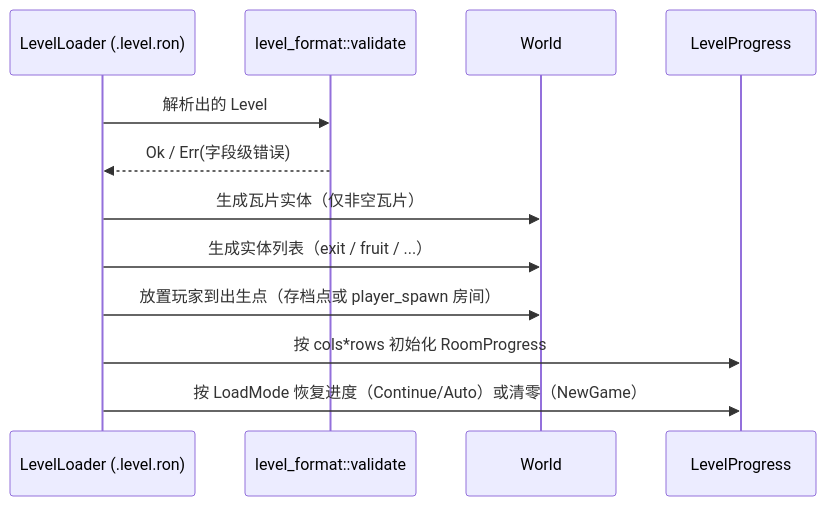
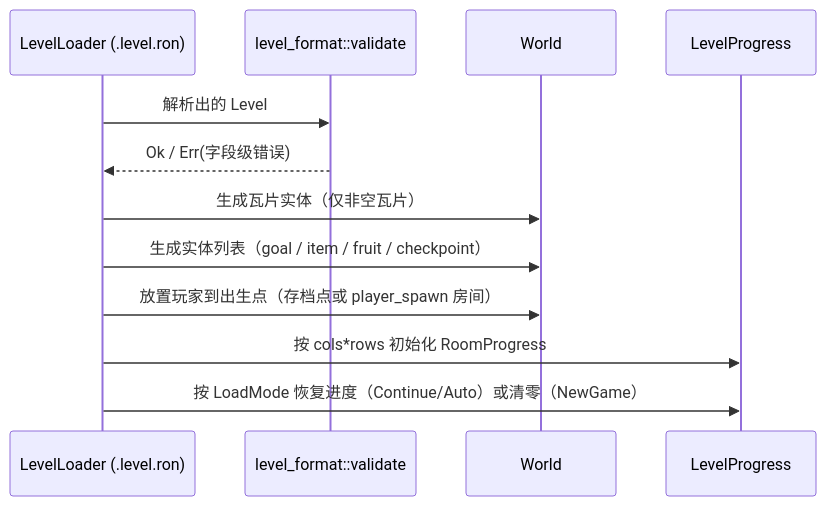
The diagram in docs/02-world-and-rooms.md (iLeepop/animj-2d-platformer), drawn with Mermaid before and after one commit. The commit also changed other lines of this file and 84 other files, not shown here.

````diff
--- a/docs/02-world-and-rooms.md
+++ b/docs/02-world-and-rooms.md
@@ -100,14 +100,14 @@
 ```mermaid
 sequenceDiagram
   participant L as LevelLoader (.level.ron)
   participant V as level_format::validate
   participant W as World
   participant P as LevelProgress
   L->>V: 解析出的 Level
   V-->>L: Ok / Err(字段级错误)
   L->>W: 生成瓦片实体（仅非空瓦片）
-  L->>W: 生成实体列表（exit / fruit / ...）
+  L->>W: 生成实体列表（goal / item / fruit / checkpoint）
   L->>W: 放置玩家到出生点（存档点或 player_spawn 房间）
   L->>P: 按 cols*rows 初始化 RoomProgress
   L->>P: 按 LoadMode 恢复进度（Continue/Auto）或清零（NewGame）
 ```
````
